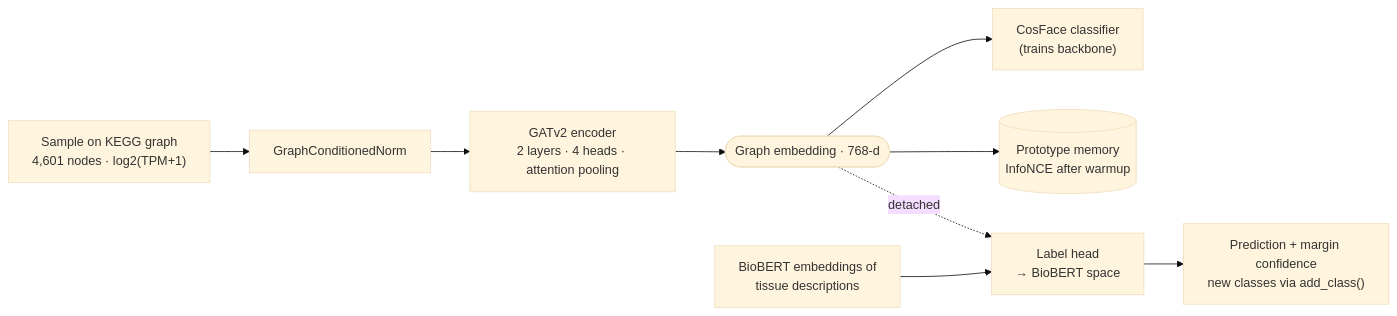
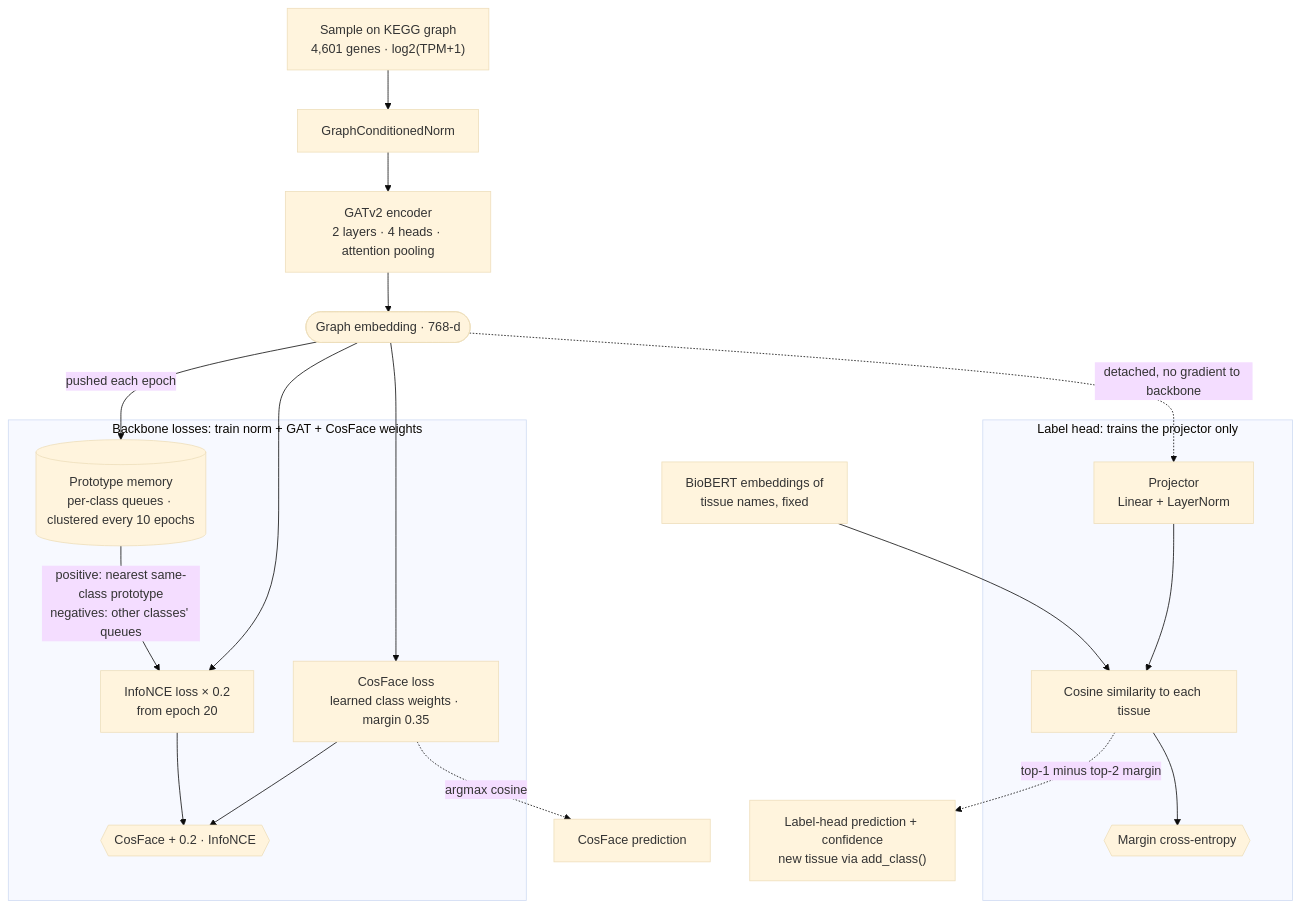
The diagram in README.md (yoyo4581/GNN_POmics), drawn with Mermaid (base theme) before and after one commit. The commit also changed other lines of this file, not shown here.

Commit message:
Redraw README architecture diagram

````diff
--- a/README.md
+++ b/README.md
@@ -42,11 +43,33 @@
 ```mermaid
-flowchart LR
-    X["Sample on KEGG graph<br/>4,601 nodes · log2(TPM+1)"] --> N[GraphConditionedNorm]
+flowchart TD
+    X["Sample on KEGG graph<br/>4,601 genes · log2(TPM+1)"] --> N["GraphConditionedNorm"]
     N --> G["GATv2 encoder<br/>2 layers · 4 heads · attention pooling"]
     G --> E(["Graph embedding · 768-d"])
-    E --> C["CosFace classifier<br/>(trains backbone)"]
-    E --> P[("Prototype memory<br/>InfoNCE after warmup")]
-    E -. detached .-> T["Label head<br/>→ BioBERT space"]
-    B["BioBERT embeddings of<br/>tissue descriptions"] --> T
-    T --> O["Prediction + margin confidence<br/>new classes via add_class()"]
+
+    subgraph backbone["Backbone losses: train norm + GAT + CosFace weights"]
+        CF["CosFace loss<br/>learned class weights · margin 0.35"]
+        NCE["InfoNCE loss × 0.2<br/>from epoch 20"]
+        M[("Prototype memory<br/>per-class queues · clustered every 10 epochs")]
+        L1{{"CosFace + 0.2 · InfoNCE"}}
+    end
+
+    E --> CF
+    E --> NCE
+    E -- "pushed each epoch" --> M
+    M -- "positive: nearest same-class prototype<br/>negatives: other classes' queues" --> NCE
+    CF --> L1
+    NCE --> L1
+    CF -. "argmax cosine" .-> P1["CosFace prediction"]
+
+    subgraph head["Label head: trains the projector only"]
+        PR["Projector<br/>Linear + LayerNorm"]
+        S["Cosine similarity to each tissue"]
+        L2{{"Margin cross-entropy"}}
+    end
+
+    E -. "detached, no gradient to backbone" .-> PR
+    PR --> S
+    B["BioBERT embeddings of<br/>tissue names, fixed"] --> S
+    S --> L2
+    S -. "top-1 minus top-2 margin" .-> P2["Label-head prediction + confidence<br/>new tissue via add_class()"]
 ```
````
